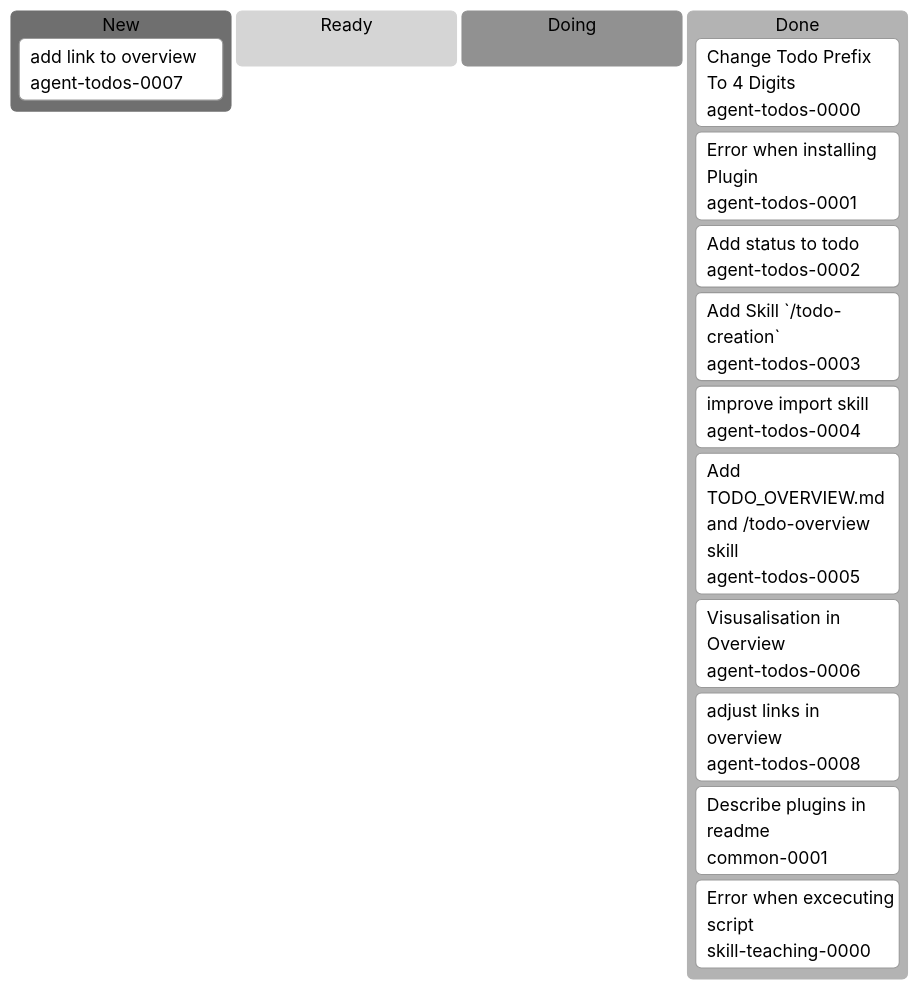
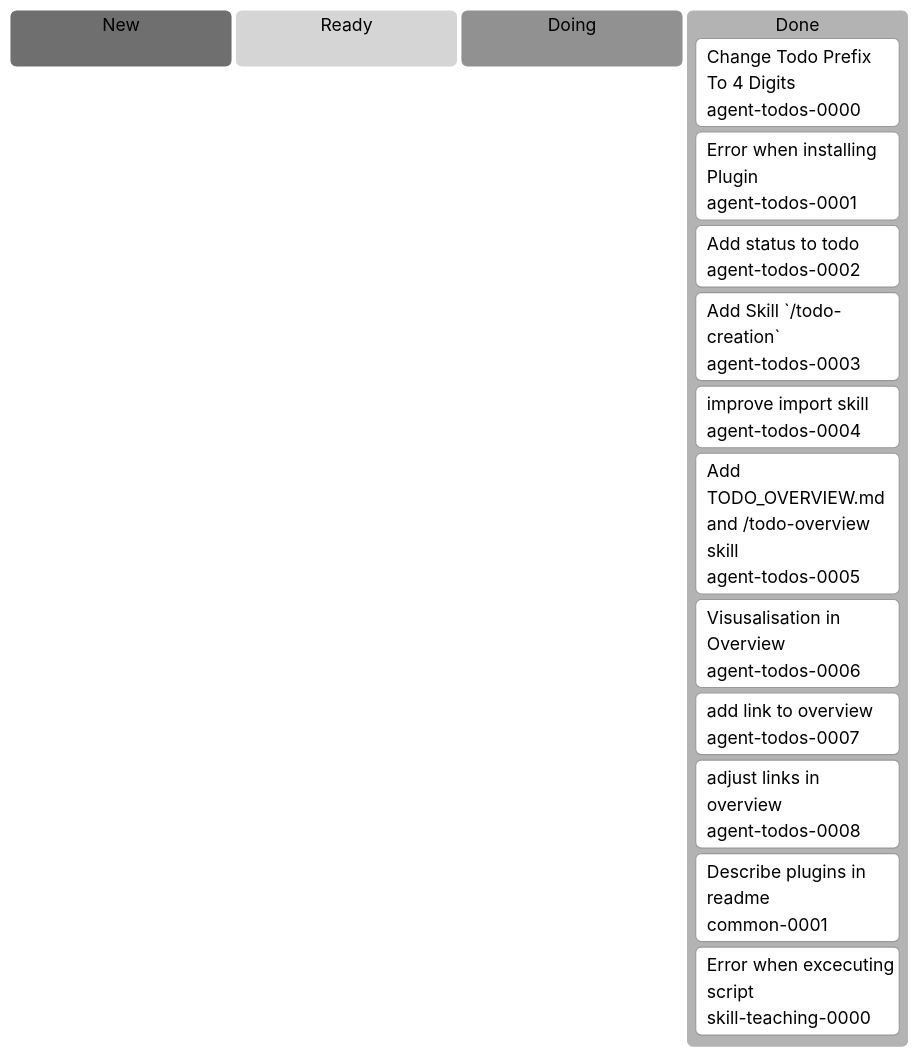
The diagram in docs/agent-todos/TODO_OVERVIEW.md (erich3000/ji-agent-skills), drawn with Mermaid before and after one commit. The commit also changed other lines of this file and 5 other files, not shown here.

Commit message:
added link to overview

````diff
--- a/docs/agent-todos/TODO_OVERVIEW.md
+++ b/docs/agent-todos/TODO_OVERVIEW.md
@@ -21,21 +21,22 @@
 ```mermaid
 %%{init: {"theme":"neutral"}}%%
 kanban
   new[New]
-    agent-todos-0007[add link to overview]@{ ticket: agent-todos-0007 }
+
   ready[Ready]
 
   doing[Doing]
 
   done[Done]
     agent-todos-0000[Change Todo Prefix To 4 Digits]@{ ticket: agent-todos-0000 }
     agent-todos-0001[Error when installing Plugin]@{ ticket: agent-todos-0001 }
     agent-todos-0002[Add status to todo]@{ ticket: agent-todos-0002 }
     agent-todos-0003[Add Skill `/todo-creation`]@{ ticket: agent-todos-0003 }
     agent-todos-0004[improve import skill]@{ ticket: agent-todos-0004 }
     agent-todos-0005[Add TODO_OVERVIEW.md and /todo-overview skill]@{ ticket: agent-todos-0005 }
     agent-todos-0006[Visusalisation in Overview]@{ ticket: agent-todos-0006 }
+    agent-todos-0007[add link to overview]@{ ticket: agent-todos-0007 }
     agent-todos-0008[adjust links in overview]@{ ticket: agent-todos-0008 }
     common-0001[Describe plugins in readme]@{ ticket: common-0001 }
     skill-teaching-0000[Error when excecuting script]@{ ticket: skill-teaching-0000 }
 ```
````
